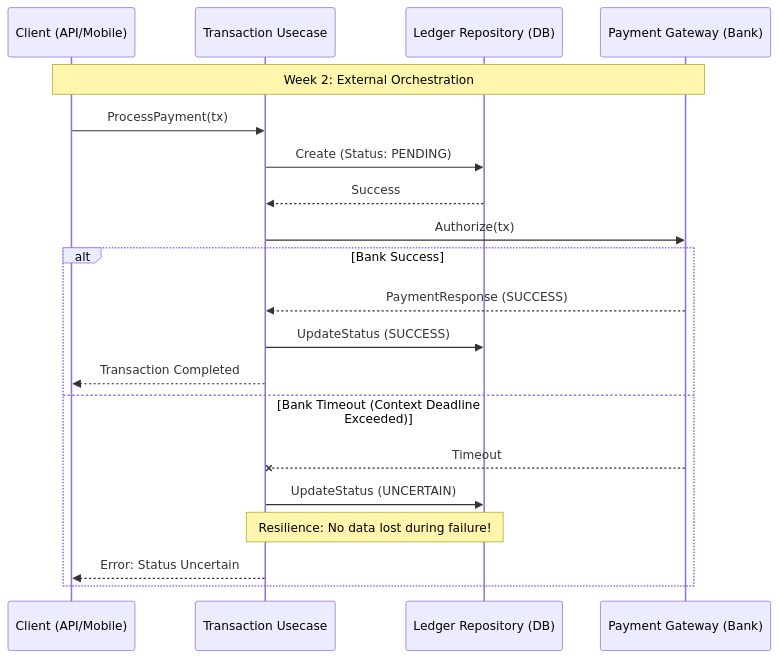
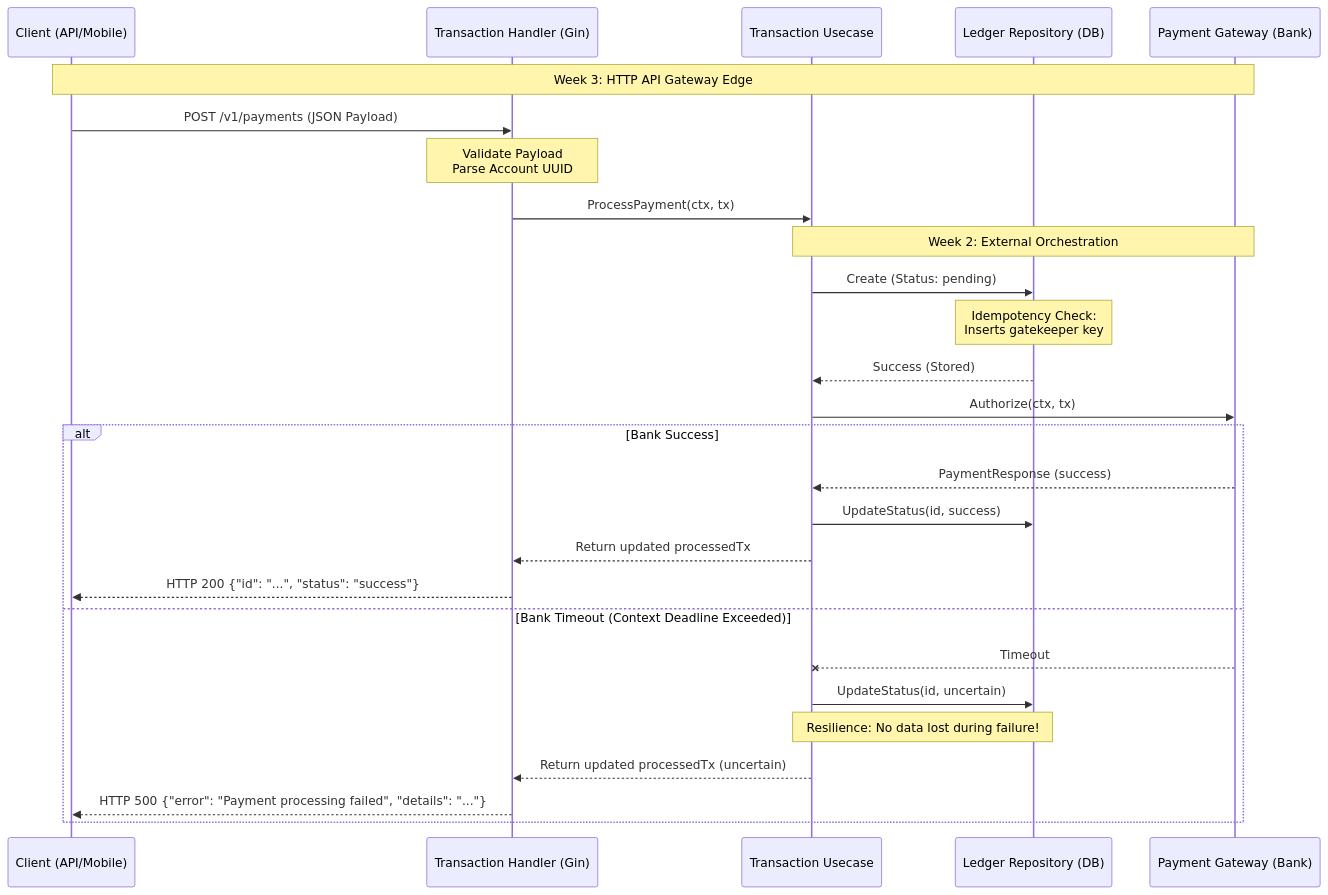
Before and after one commit to ginko97/fintech-playground-v1: the diagram in README.md, drawn with Mermaid. The commit also changed other lines of this file and 5 other files, not shown here.

````diff
--- a/README.md
+++ b/README.md
@@ -12,25 +12,34 @@
 ```mermaid
 sequenceDiagram
     participant C as Client (API/Mobile)
+    participant H as Transaction Handler (Gin)
     participant U as Transaction Usecase
     participant R as Ledger Repository (DB)
     participant G as Payment Gateway (Bank)
 
-    Note over C,G: Week 2: External Orchestration
-    C->>U: ProcessPayment(tx)
-    U->>R: Create (Status: PENDING)
-    R-->>U: Success
+    Note over C,G: Week 3: HTTP API Gateway Edge
+    C->>H: POST /v1/payments (JSON Payload)
+    Note over H: Validate Payload<br/>Parse Account UUID
     
-    U->>G: Authorize(tx)
+    H->>U: ProcessPayment(ctx, tx)
+    Note over U,G: Week 2: External Orchestration
+    U->>R: Create (Status: pending)
+    
+    Note over R: Idempotency Check:<br/>Inserts gatekeeper key
+    R-->>U: Success (Stored)
+    
+    U->>G: Authorize(ctx, tx)
     
     alt Bank Success
-        G-->>U: PaymentResponse (SUCCESS)
-        U->>R: UpdateStatus (SUCCESS)
-        U-->>C: Transaction Completed
+        G-->>U: PaymentResponse (success)
+        U->>R: UpdateStatus(id, success)
+        U-->>H: Return updated processedTx
+        H-->>C: HTTP 200 {"id": "...", "status": "success"}
     else Bank Timeout (Context Deadline Exceeded)
         G--XU: Timeout
-        U->>R: UpdateStatus (UNCERTAIN)
+        U->>R: UpdateStatus(id, uncertain)
         Note over U,R: Resilience: No data lost during failure!
-        U-->>C: Error: Status Uncertain
+        U-->>H: Return updated processedTx (uncertain)
+        H-->>C: HTTP 500 {"error": "Payment processing failed", "details": "..."}
     end
 ```
````
